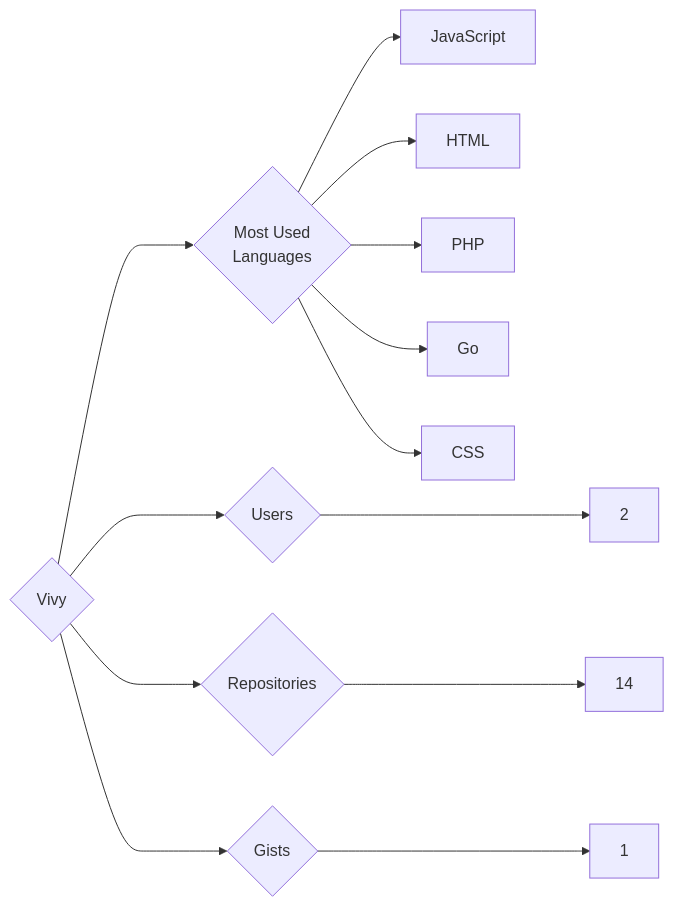
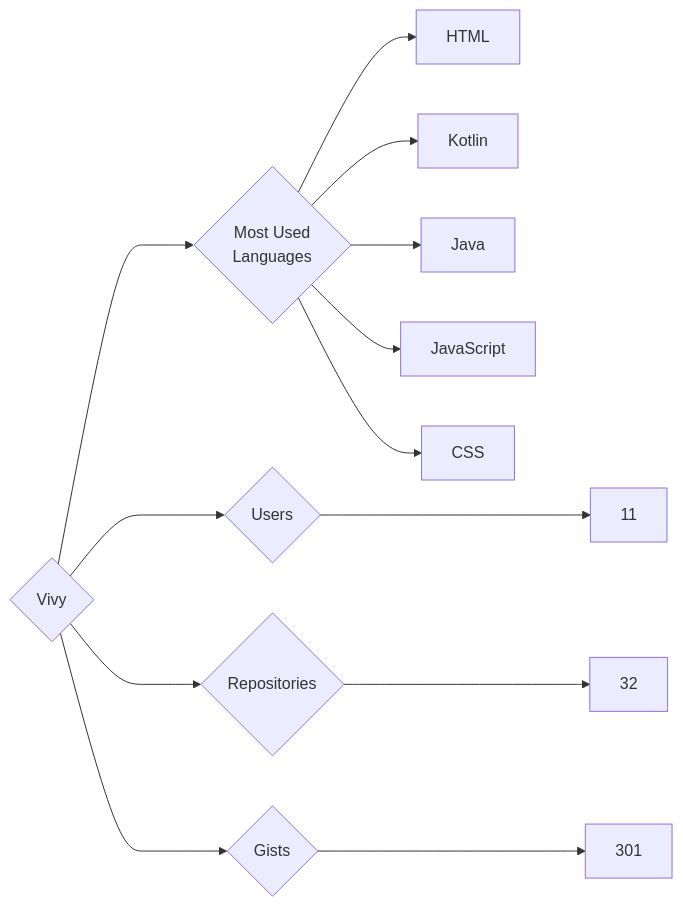
The diagram in targets/Vivy/README.md (trickest/insiders), drawn with Mermaid before and after one commit. The commit also changed 928 other files, not shown here.

````diff
--- a/targets/Vivy/README.md
+++ b/targets/Vivy/README.md
@@ -3,13 +3,13 @@
 ```mermaid
 graph LR
 COMPANY_NAME{Vivy}
-COMPANY_NAME ---> U{Users} ---> UN[2]
-COMPANY_NAME ---> R{Repositories} ---> RN[14]
-COMPANY_NAME ---> G{Gists} ---> GN[1]
+COMPANY_NAME ---> U{Users} ---> UN[11]
+COMPANY_NAME ---> R{Repositories} ---> RN[32]
+COMPANY_NAME ---> G{Gists} ---> GN[301]
 COMPANY_NAME ---> ML{Most Used<br>Languages}
+ML --> HTML[HTML]
+ML --> Kotlin[Kotlin]
+ML --> Java[Java]
 ML --> JavaScript[JavaScript]
-ML --> HTML[HTML]
-ML --> PHP[PHP]
-ML --> Go[Go]
 ML --> CSS[CSS]
 ```
````
